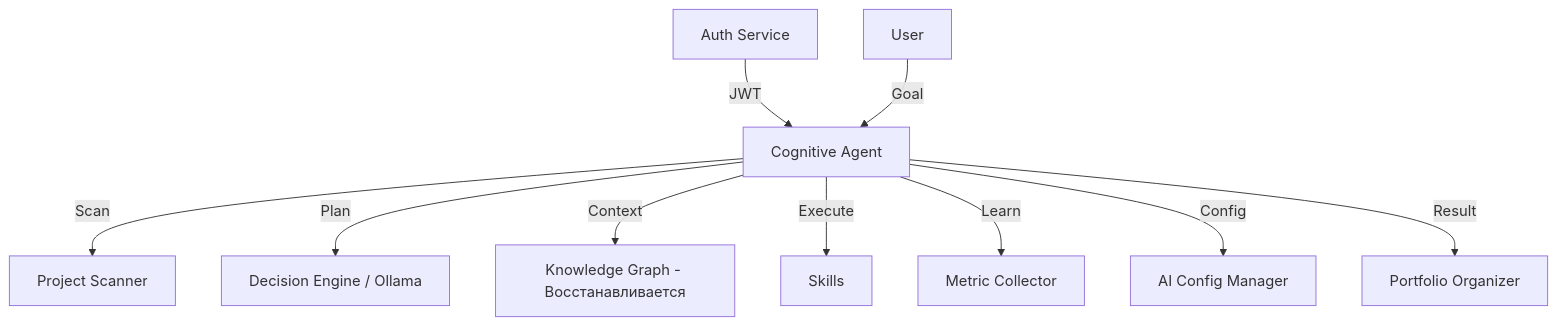
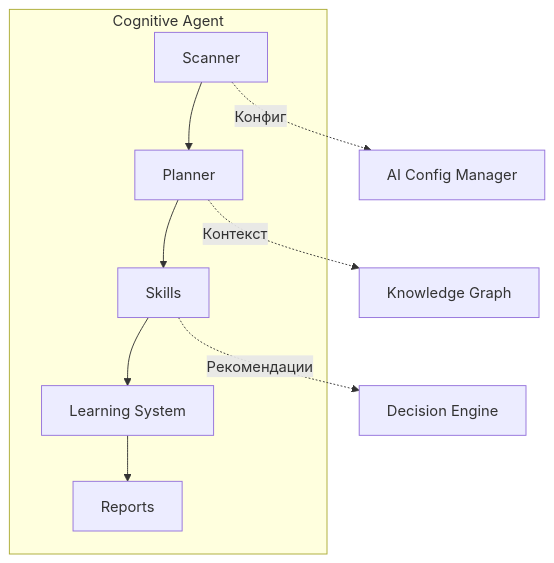
Before and after one commit to Control39/portfolio-system-architect: the first of 2 diagrams in apps/cognitive_agent/README.md, drawn with Mermaid. The commit also changed other lines of this file and 2 other files, not shown here.

Commit message:
docs: добавить архитектурные диаграммы Cognitive Agent
- Создана docs/ARCHITECTURE.md с компонентами и схемами
- Создана docs/FLOW.md с потоком данных
- Обновлён README.md с Mermaid-диаграммами
- Добавлены ссылки на детальную документацию

````diff
--- a/apps/cognitive_agent/README.md
+++ b/apps/cognitive_agent/README.md
@@ -86,12 +88,13 @@
 ```mermaid
-graph TD
-    A[Cognitive Agent] -->|Scan| B[Project Scanner]
-    A -->|Plan| C[Decision Engine / Ollama]
-    A -->|Context| D[Knowledge Graph - Восстанавливается]
-    A -->|Execute| E[Skills]
-    A -->|Learn| F[Metric Collector]
-    G[Auth Service] -->|JWT| A
-    A -->|Config| H[AI Config Manager]
-    I[User] -->|Goal| A
-    A -->|Result| J[Portfolio Organizer]
+graph TB
+    subgraph "Cognitive Agent"
+        A[Scanner] --> B[Planner]
+        B --> C[Skills]
+        C --> D[Learning System]
+        D --> E[Reports]
+    end
+
+    A -.->|Конфиг| H[AI Config Manager]
+    B -.->|Контекст| F[Knowledge Graph]
+    C -.->|Рекомендации| G[Decision Engine]
 ```
````
